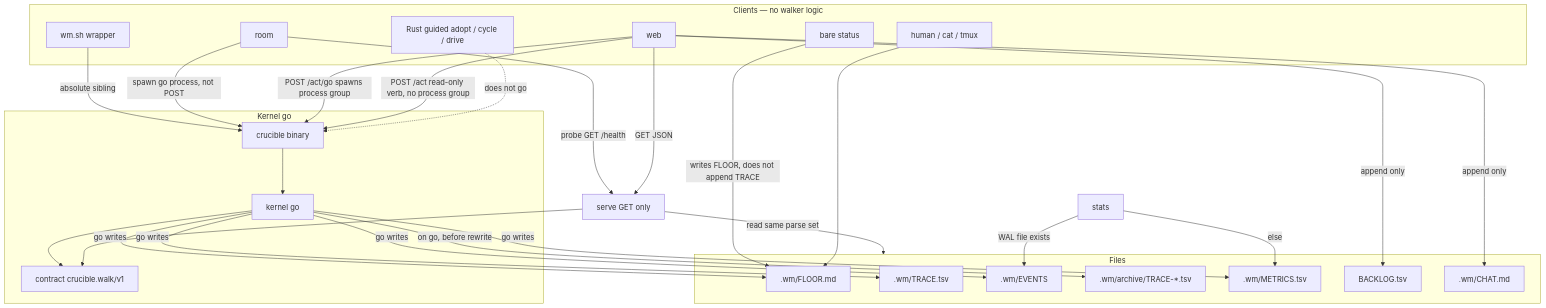
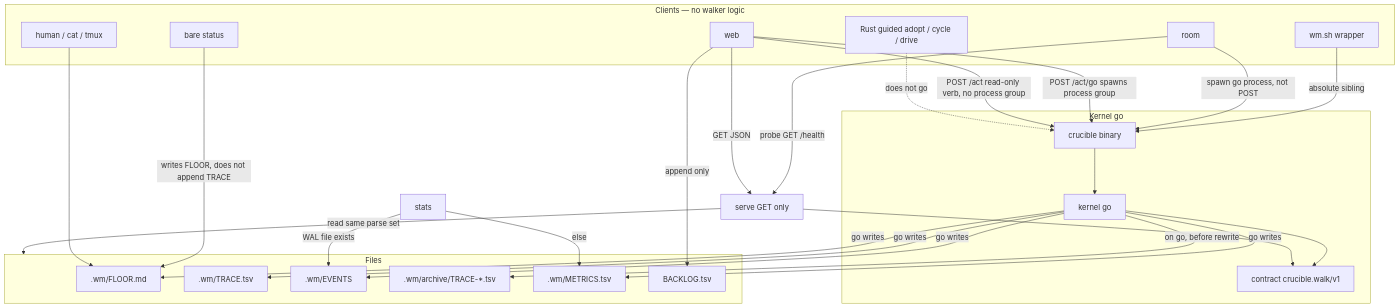
One commit to medhatgalal/crucible changed the diagram in architecture/adr/0001-rust-operating-layer.md. Above: the diagram before and after it, drawn with Mermaid. The commit also changed other lines of this file and 8 other files, not shown here.

````diff
--- a/architecture/adr/0001-rust-operating-layer.md
+++ b/architecture/adr/0001-rust-operating-layer.md
@@ -85,49 +85,47 @@
 ```mermaid
 flowchart TB
   subgraph clients [Clients — no walker logic]
     WRAP["wm.sh wrapper"]
     ROOM["room"]
     WEB["web"]
     CAT["human / cat / tmux"]
     GUIDED["Rust guided adopt / cycle / drive"]
     STATUS["bare status"]
   end
   subgraph kernelLayer [Kernel go]
     BIN["crucible binary"]
     K["kernel go"]
     C["contract crucible.walk/v1"]
   end
   SERVE["serve GET only"]
   STATS["stats"]
   subgraph files [Files]
     FLOOR[".wm/FLOOR.md"]
     TRACE[".wm/TRACE.tsv"]
     EVENTS[".wm/EVENTS"]
     ARCH[".wm/archive/TRACE-*.tsv"]
     METRICS[".wm/METRICS.tsv"]
     BACKLOG["BACKLOG.tsv"]
-    CHAT[".wm/CHAT.md"]
   end
   WRAP -->|absolute sibling| BIN
   ROOM -->|probe GET /health| SERVE
   ROOM -->|spawn go process, not POST| BIN
   WEB -->|GET JSON| SERVE
   WEB -->|append only| BACKLOG
-  WEB -->|append only| CHAT
   WEB -->|POST /act/go spawns process group| BIN
   WEB -->|POST /act read-only verb, no process group| BIN
   GUIDED -.->|does not go| BIN
   BIN --> K
   K --> C
   SERVE --> C
   K -->|go writes| FLOOR
   K -->|go writes| TRACE
   K -->|go writes| EVENTS
   K -->|go writes| METRICS
   K -->|on go, before rewrite| ARCH
   STATUS -->|writes FLOOR, does not append TRACE| FLOOR
   CAT --> FLOOR
   SERVE -->|read same parse set| files
   STATS -->|WAL file exists| EVENTS
   STATS -->|else| METRICS
 ```
````
